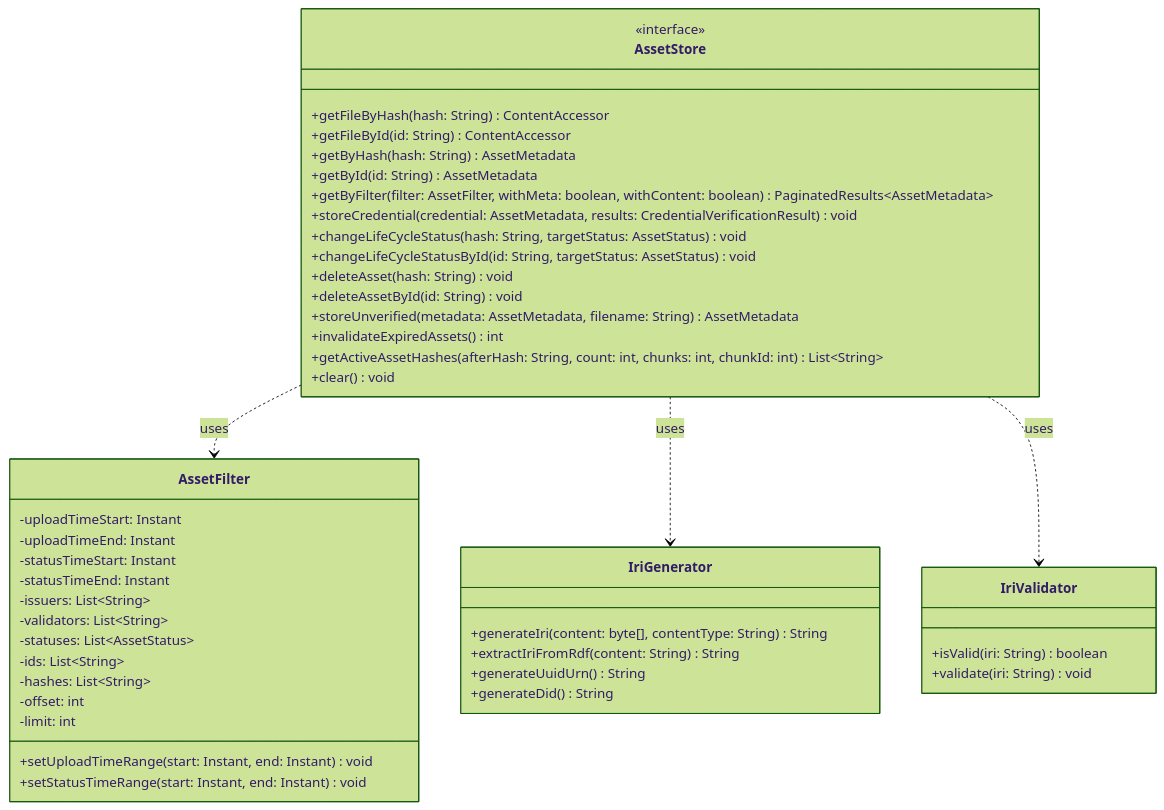
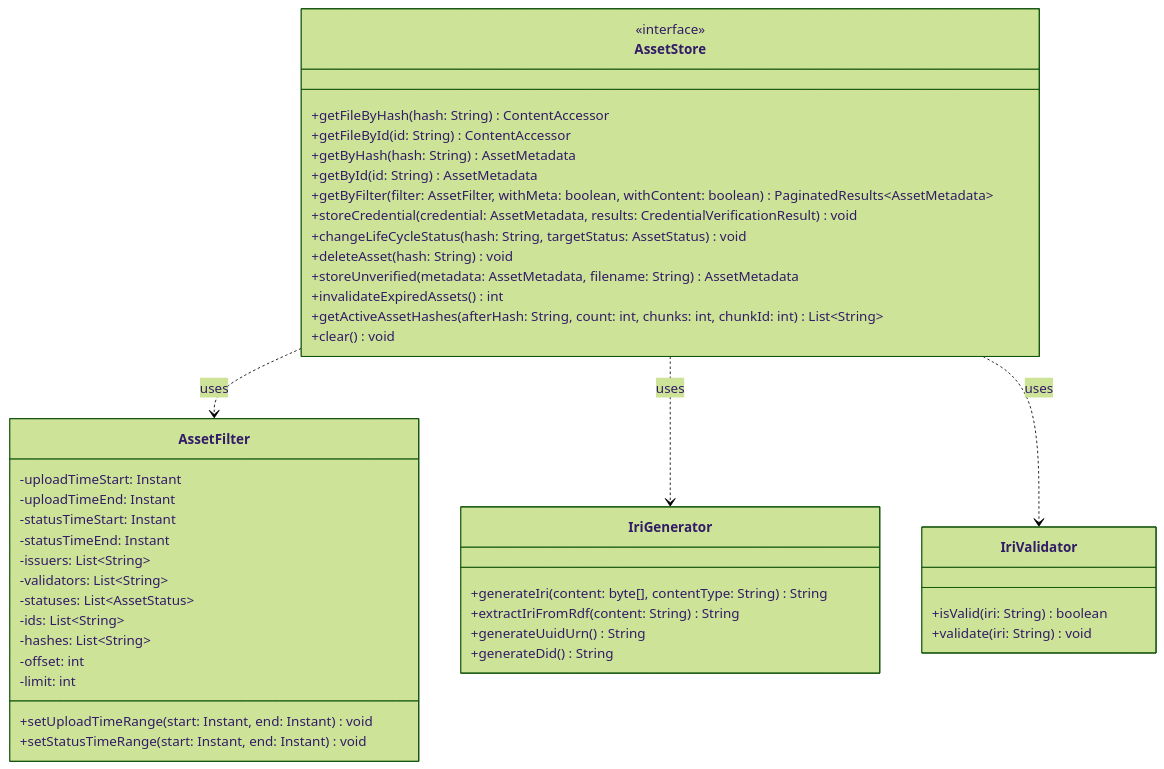
Before and after one commit to eclipse-xfsc/docs: the fifth of 11 diagrams in federated-catalogue/src/docs/architecture/chapters/05_building_block_view.adoc, drawn with Mermaid (forest theme). The commit also changed other lines of this file and 2 other files, not shown here.

```diff
--- a/federated-catalogue/src/docs/architecture/chapters/05_building_block_view.adoc
+++ b/federated-catalogue/src/docs/architecture/chapters/05_building_block_view.adoc
@@ -508,53 +508,51 @@
 [mermaid]
 ....
 classDiagram
     class AssetStore {
         <<interface>>
         +getFileByHash(hash: String) ContentAccessor
         +getFileById(id: String) ContentAccessor
         +getByHash(hash: String) AssetMetadata
         +getById(id: String) AssetMetadata
         +getByFilter(filter: AssetFilter, withMeta: boolean, withContent: boolean) PaginatedResults~AssetMetadata~
         +storeCredential(credential: AssetMetadata, results: CredentialVerificationResult) void
         +changeLifeCycleStatus(hash: String, targetStatus: AssetStatus) void
-        +changeLifeCycleStatusById(id: String, targetStatus: AssetStatus) void
         +deleteAsset(hash: String) void
-        +deleteAssetById(id: String) void
         +storeUnverified(metadata: AssetMetadata, filename: String) AssetMetadata
         +invalidateExpiredAssets() int
         +getActiveAssetHashes(afterHash: String, count: int, chunks: int, chunkId: int) List~String~
         +clear() void
     }
 
     class IriGenerator {
         +generateIri(content: byte[], contentType: String) String
         +extractIriFromRdf(content: String) String
         +generateUuidUrn() String
         +generateDid() String
     }
 
     class IriValidator {
         +isValid(iri: String) boolean
         +validate(iri: String) void
     }
 
     class AssetFilter {
         -uploadTimeStart: Instant
         -uploadTimeEnd: Instant
         -statusTimeStart: Instant
         -statusTimeEnd: Instant
         -issuers: List~String~
         -validators: List~String~
         -statuses: List~AssetStatus~
         -ids: List~String~
         -hashes: List~String~
         -offset: int
         -limit: int
         +setUploadTimeRange(start: Instant, end: Instant) void
         +setStatusTimeRange(start: Instant, end: Instant) void
     }
 
     AssetStore ..> AssetFilter : uses
     AssetStore ..> IriGenerator : uses
     AssetStore ..> IriValidator : uses
 ....
```
